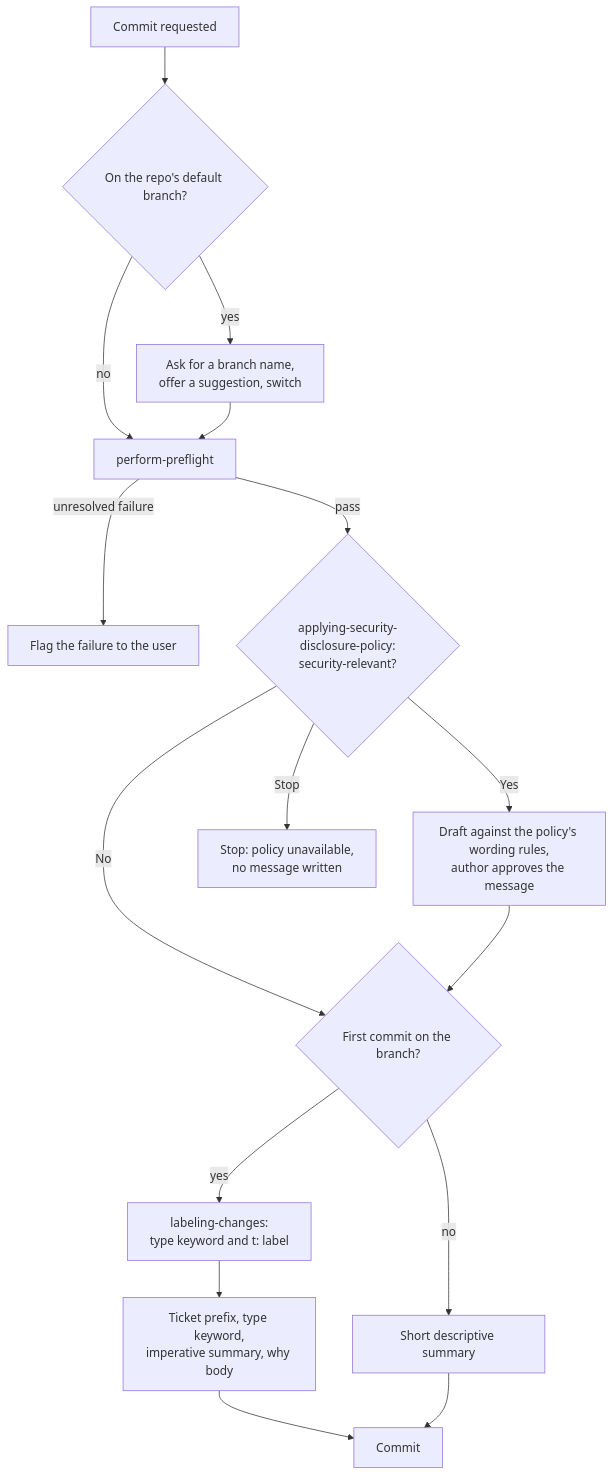
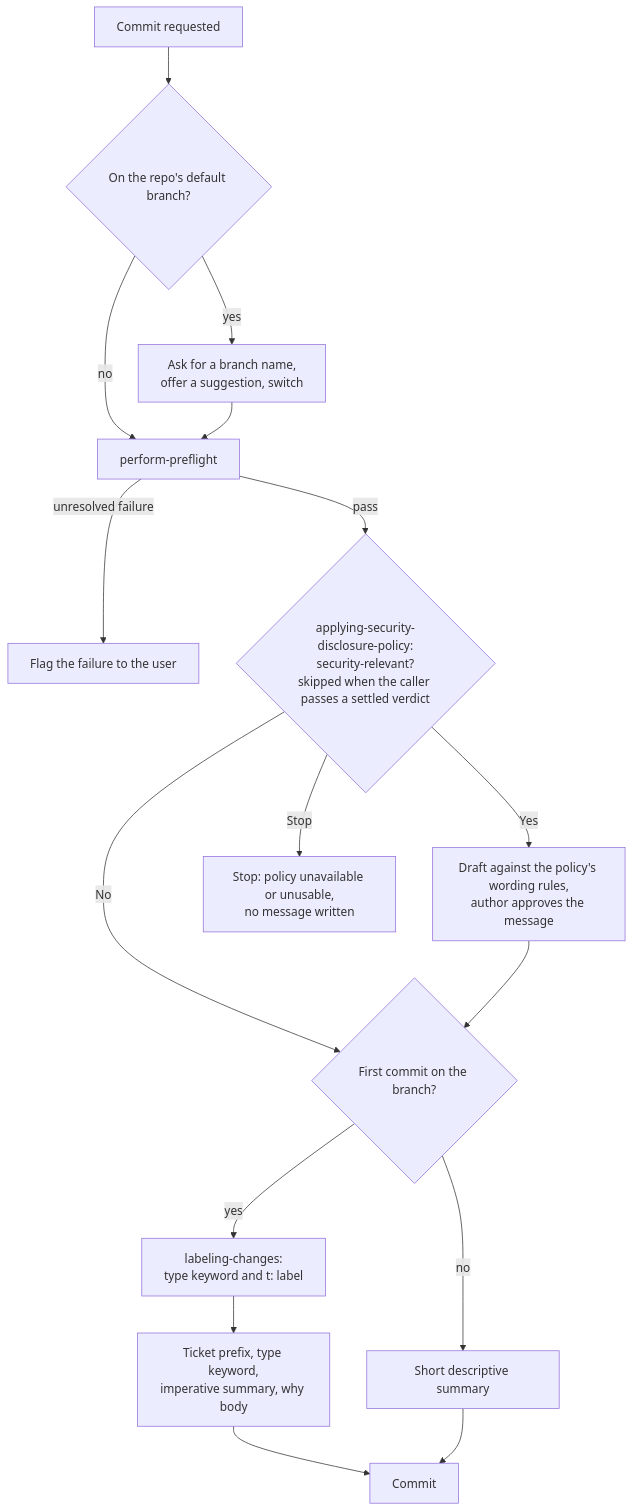
Before and after one commit to bitwarden/ai-plugins: the first of 3 diagrams in plugins/bitwarden-delivery-tools/docs/commit-and-pr-flows.md, drawn with Mermaid. The commit also changed other lines of this file and 13 other files, not shown here.

````diff
--- a/plugins/bitwarden-delivery-tools/docs/commit-and-pr-flows.md
+++ b/plugins/bitwarden-delivery-tools/docs/commit-and-pr-flows.md
@@ -11,32 +11,32 @@
 ```mermaid
 graph TD
     start[Commit requested]
     onDefault{On the repo's default branch?}
     newBranch[Ask for a branch name,<br/>offer a suggestion, switch]
     preflight[perform-preflight]
     blocked[Flag the failure to the user]
-    disclosure{applying-security-disclosure-policy:<br/>security-relevant?}
+    disclosure{applying-security-disclosure-policy:<br/>security-relevant?<br/>skipped when the caller passes a settled verdict}
     rules[Draft against the policy's wording rules,<br/>author approves the message]
-    policyStop[Stop: policy unavailable,<br/>no message written]
+    policyStop[Stop: policy unavailable or unusable,<br/>no message written]
     first{First commit on the branch?}
     typeKeyword[labeling-changes:<br/>type keyword and t: label]
     full[Ticket prefix, type keyword,<br/>imperative summary, why body]
     short[Short descriptive summary]
     done[Commit]
 
     start --> onDefault
     onDefault -->|yes| newBranch
     onDefault -->|no| preflight
     newBranch --> preflight
     preflight -->|pass| disclosure
     disclosure -->|No| first
     disclosure -->|Yes| rules
     disclosure -->|Stop| policyStop
     rules --> first
     preflight -->|unresolved failure| blocked
     first -->|yes| typeKeyword
     typeKeyword --> full
     first -->|no| short
     full --> done
     short --> done
 ```
````
